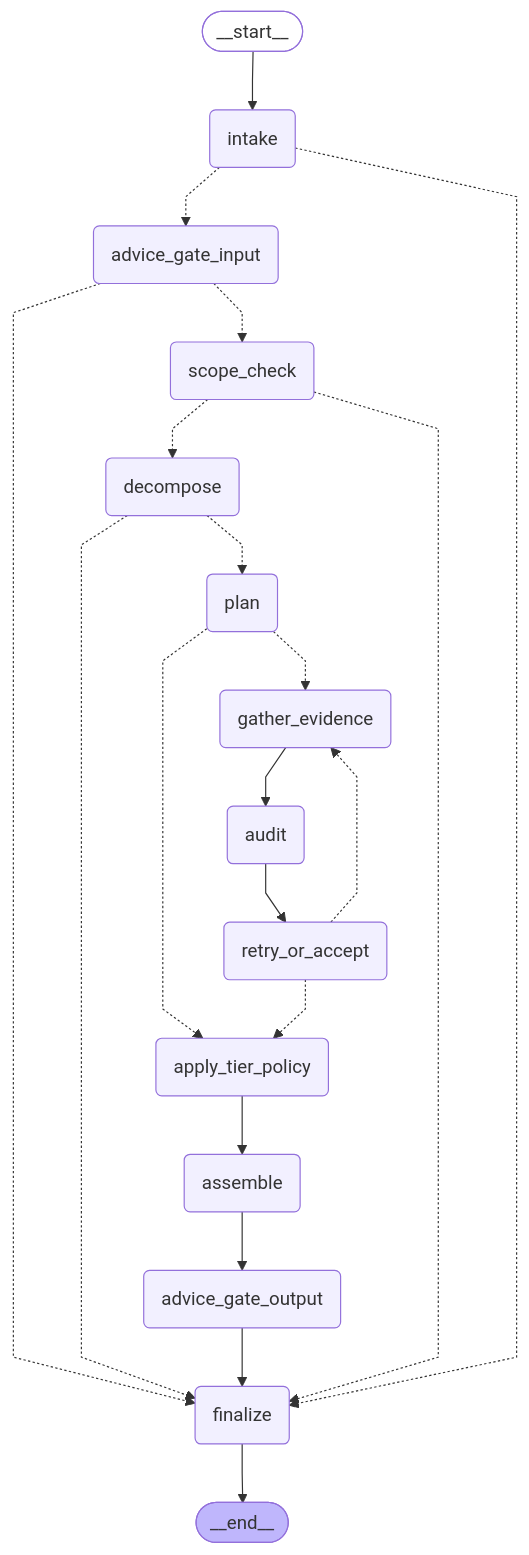
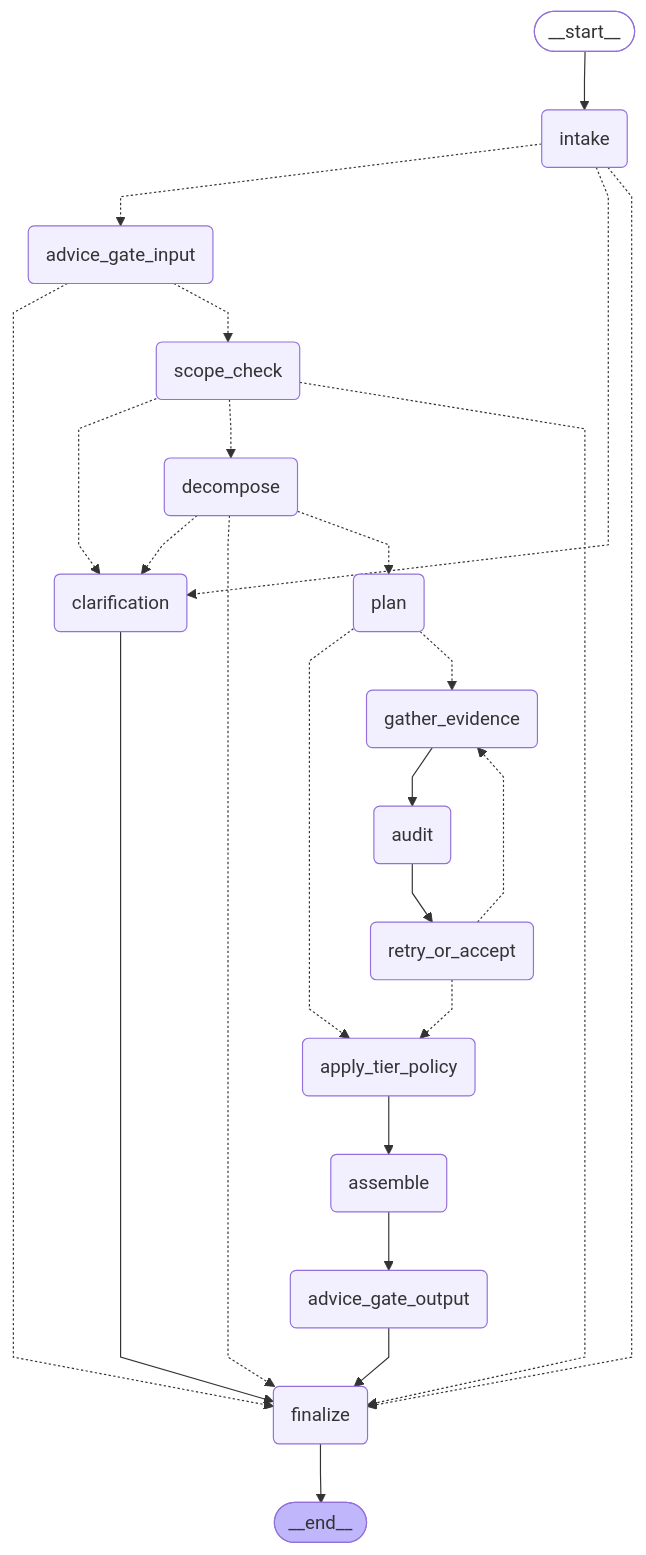
Before and after one commit to hungdp123/GenAI-group-project: the diagram in docs/orchestrator_graph.md, drawn with Mermaid. The commit also changed 20 other files, not shown here.

First line of the commit message:
Align orchestrator with the architecture diagram

````diff
--- a/docs/orchestrator_graph.md
+++ b/docs/orchestrator_graph.md
@@ -5,44 +5,49 @@
 ```mermaid
 ---
 config:
   flowchart:
     curve: linear
 ---
 graph TD;
 	__start__([<p>__start__</p>]):::first
 	intake(intake)
 	advice_gate_input(advice_gate_input)
 	scope_check(scope_check)
+	clarification(clarification)
 	decompose(decompose)
 	plan(plan)
 	gather_evidence(gather_evidence)
 	audit(audit)
 	retry_or_accept(retry_or_accept)
 	apply_tier_policy(apply_tier_policy)
 	assemble(assemble)
 	advice_gate_output(advice_gate_output)
 	finalize(finalize)
 	__end__([<p>__end__</p>]):::last
 	__start__ --> intake;
 	advice_gate_input -.-> finalize;
 	advice_gate_input -.-> scope_check;
 	advice_gate_output --> finalize;
 	apply_tier_policy --> assemble;
 	assemble --> advice_gate_output;
 	audit --> retry_or_accept;
+	clarification --> finalize;
+	decompose -.-> clarification;
 	decompose -.-> finalize;
 	decompose -.-> plan;
 	gather_evidence --> audit;
 	intake -.-> advice_gate_input;
+	intake -.-> clarification;
 	intake -.-> finalize;
 	plan -.-> apply_tier_policy;
 	plan -.-> gather_evidence;
 	retry_or_accept -.-> apply_tier_policy;
 	retry_or_accept -.-> gather_evidence;
+	scope_check -.-> clarification;
 	scope_check -.-> decompose;
 	scope_check -.-> finalize;
 	finalize --> __end__;
 	classDef default fill:#f2f0ff,line-height:1.2
 	classDef first fill-opacity:0
 	classDef last fill:#bfb6fc
 ```
````
